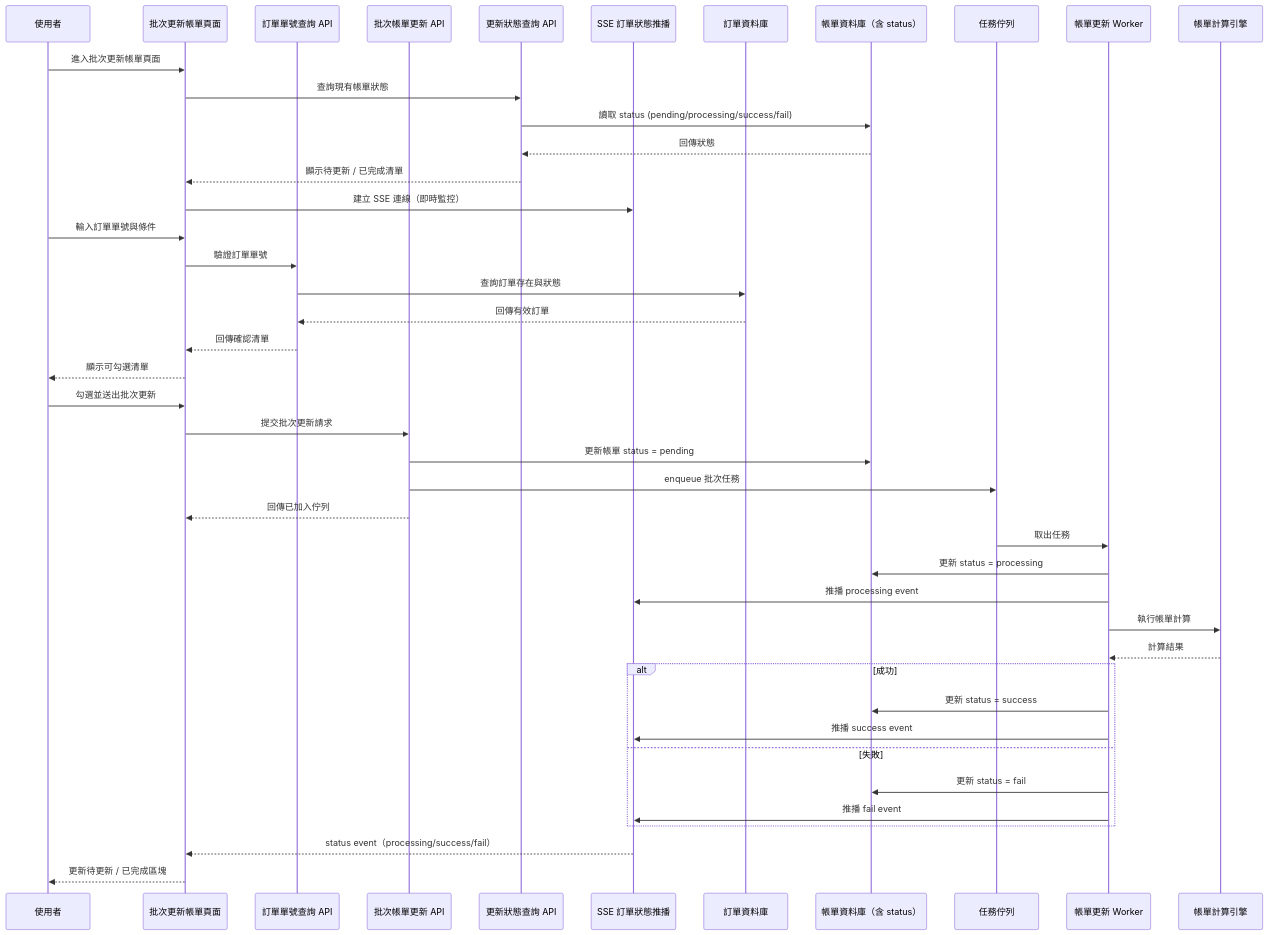
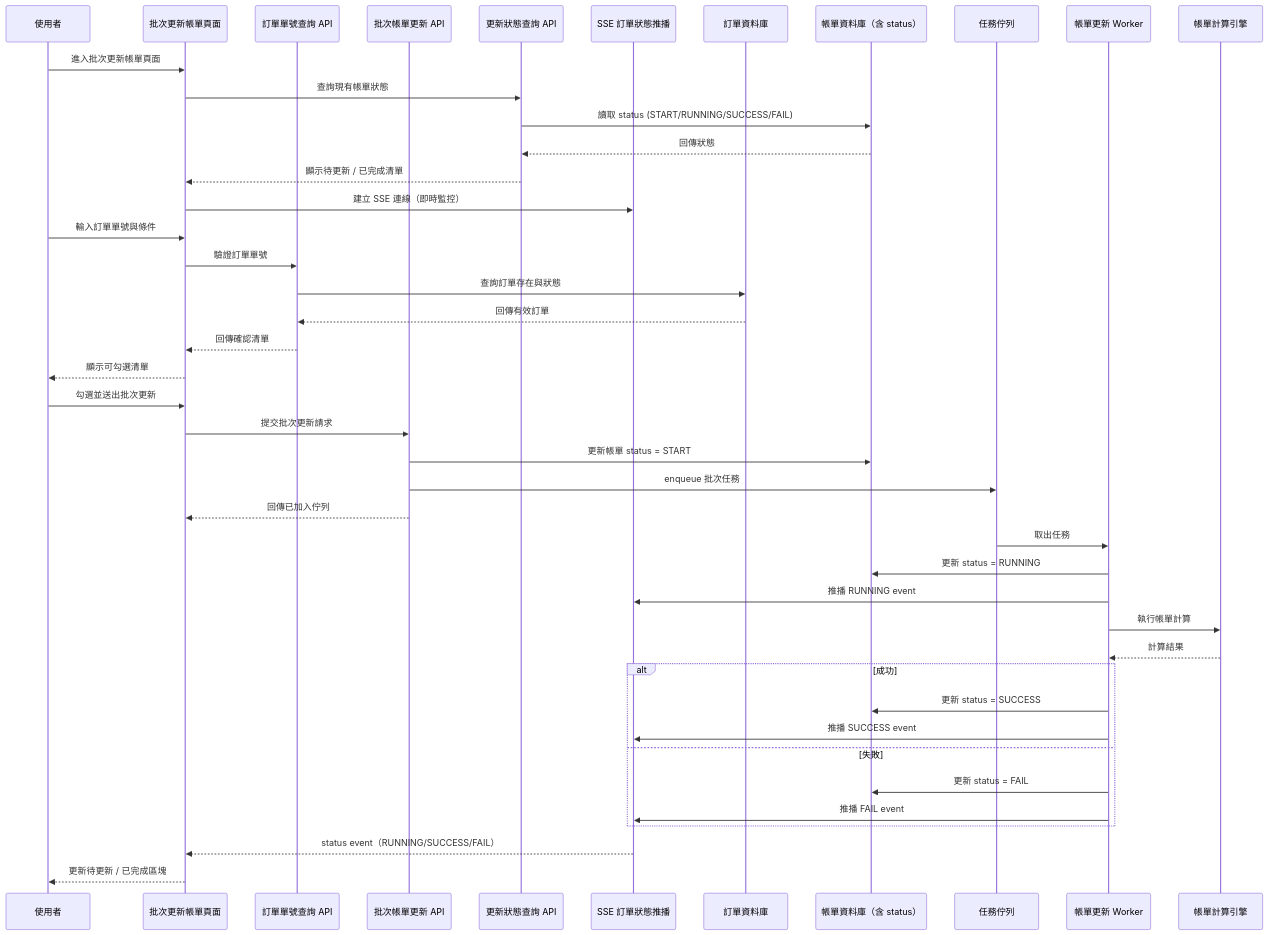
One commit to RaelynnLin/CMP-Documents changed the first of 5 diagrams in CMP-4370-批次重跑帳單/CMP-4370_SA_批次重跑帳單.md. Above: the diagram before and after it, drawn with Mermaid. The commit also changed other lines of this file and 7 other files, not shown here.

First line of the commit message:
CMP-4370 批次更新帳單 SA：補充後端規劃、SSE 設計與 API 契約

````diff
--- a/CMP-4370-批次重跑帳單/CMP-4370_SA_批次重跑帳單.md
+++ b/CMP-4370-批次重跑帳單/CMP-4370_SA_批次重跑帳單.md
@@ -162,63 +229,63 @@
 ```mermaid
 sequenceDiagram
   participant User as 使用者
   participant FE as 批次更新帳單頁面
 
   participant ValidateAPI as 訂單單號查詢 API
   participant BatchAPI as 批次帳單更新 API
   participant StatusAPI as 更新狀態查詢 API
   participant SSE as SSE 訂單狀態推播
 
   participant OrderDB as 訂單資料庫
   participant BillDB as 帳單資料庫（含 status）
   participant Queue as 任務佇列
   participant Worker as 帳單更新 Worker
   participant Engine as 帳單計算引擎
 
   %% ========== 初始化 ==========
   User->>FE: 進入批次更新帳單頁面
 
   FE->>StatusAPI: 查詢現有帳單狀態
-  StatusAPI->>BillDB: 讀取 status (pending/processing/success/fail)
+  StatusAPI->>BillDB: 讀取 status (START/RUNNING/SUCCESS/FAIL)
   BillDB-->>StatusAPI: 回傳狀態
   StatusAPI-->>FE: 顯示待更新 / 已完成清單
 
   FE->>SSE: 建立 SSE 連線（即時監控）
 
   %% ========== 驗證流程 ==========
   User->>FE: 輸入訂單單號與條件
   FE->>ValidateAPI: 驗證訂單單號
   ValidateAPI->>OrderDB: 查詢訂單存在與狀態
   OrderDB-->>ValidateAPI: 回傳有效訂單
   ValidateAPI-->>FE: 回傳確認清單
   FE-->>User: 顯示可勾選清單
 
   %% ========== 批次更新 ==========
   User->>FE: 勾選並送出批次更新
   FE->>BatchAPI: 提交批次更新請求
 
-  BatchAPI->>BillDB: 更新帳單 status = pending
+  BatchAPI->>BillDB: 更新帳單 status = START
   BatchAPI->>Queue: enqueue 批次任務
   BatchAPI-->>FE: 回傳已加入佇列
 
   %% ========== 非同步處理 ==========
   Queue->>Worker: 取出任務
 
-  Worker->>BillDB: 更新 status = processing
-  Worker->>SSE: 推播 processing event
+  Worker->>BillDB: 更新 status = RUNNING
+  Worker->>SSE: 推播 RUNNING event
 
   Worker->>Engine: 執行帳單計算
   Engine-->>Worker: 計算結果
 
   alt 成功
-    Worker->>BillDB: 更新 status = success
-    Worker->>SSE: 推播 success event
+    Worker->>BillDB: 更新 status = SUCCESS
+    Worker->>SSE: 推播 SUCCESS event
   else 失敗
-    Worker->>BillDB: 更新 status = fail
-    Worker->>SSE: 推播 fail event
+    Worker->>BillDB: 更新 status = FAIL
+    Worker->>SSE: 推播 FAIL event
   end
 
   %% ========== 前端即時更新 ==========
-  SSE-->>FE: status event（processing/success/fail）
+  SSE-->>FE: status event（RUNNING/SUCCESS/FAIL）
   FE-->>User: 更新待更新 / 已完成區塊
 ```
````
